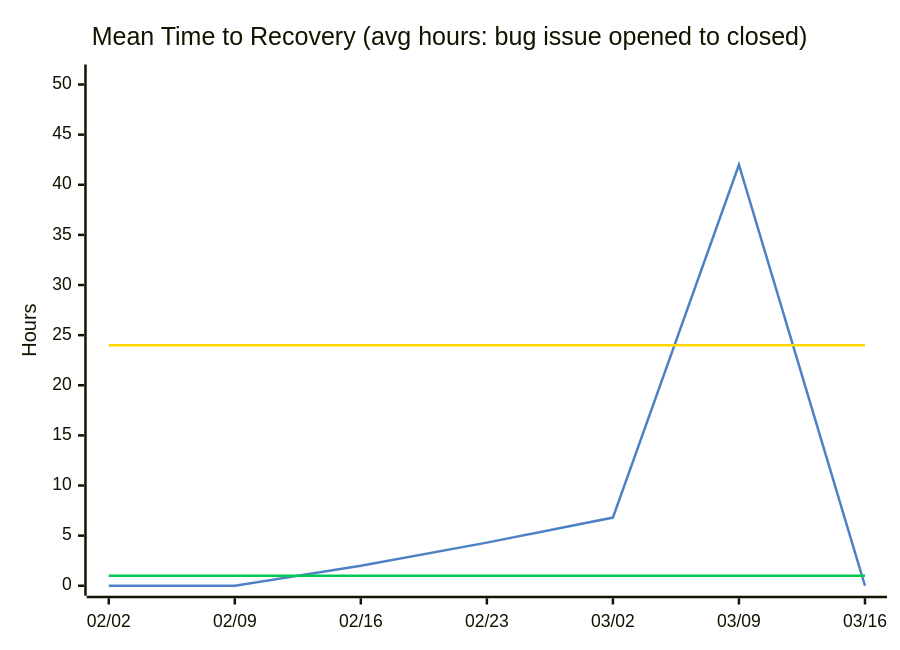
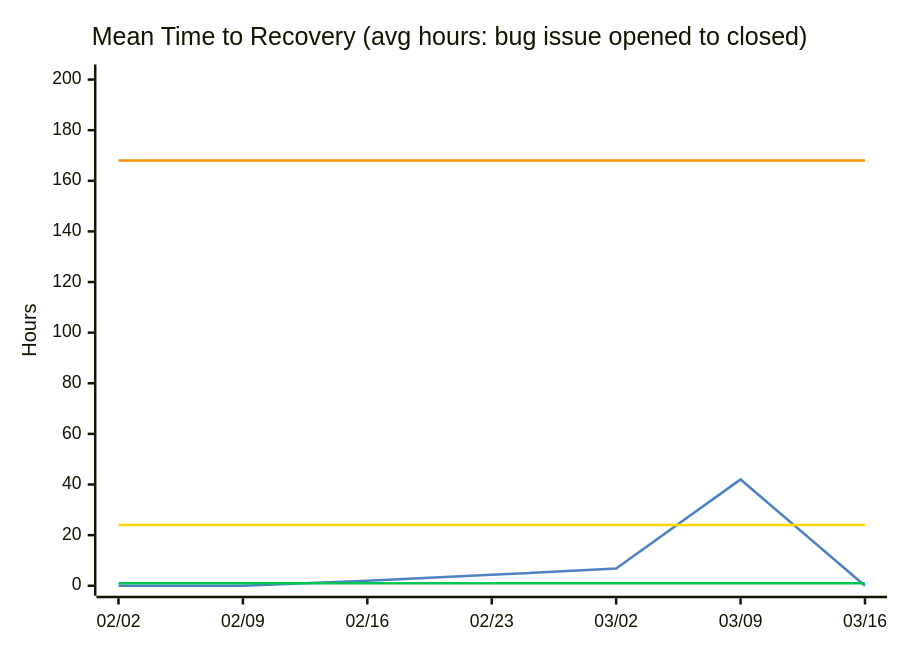
One commit to nablarch/nabledge-dev changed the fourth of 11 diagrams in docs/metrics.md. Above: the diagram before and after it, drawn with Mermaid. The commit also changed other lines of this file, not shown here.

````diff
--- a/docs/metrics.md
+++ b/docs/metrics.md
@@ -76,10 +45,11 @@
 ```mermaid
-%%{init: {'theme': 'base', 'themeVariables': {'xyChart': {'plotColorPalette': '#4C82C3,#00C853,#FFD600'}}}}%%
+%%{init: {'theme': 'base', 'themeVariables': {'xyChart': {'plotColorPalette': '#4C82C3,#00C853,#FFD600,#FF8C00'}}}}%%
 xychart-beta
   title "Mean Time to Recovery (avg hours: bug issue opened to closed)"
   x-axis ["02/02", "02/09", "02/16", "02/23", "03/02", "03/09", "03/16"]
-  y-axis "Hours" 0 --> 51
+  y-axis "Hours" 0 --> 202
   line [0, 0, 2, 4.3, 6.8, 42, 0]
   line [1, 1, 1, 1, 1, 1, 1]
   line [24, 24, 24, 24, 24, 24, 24]
+  line [168, 168, 168, 168, 168, 168, 168]
 ```
````
